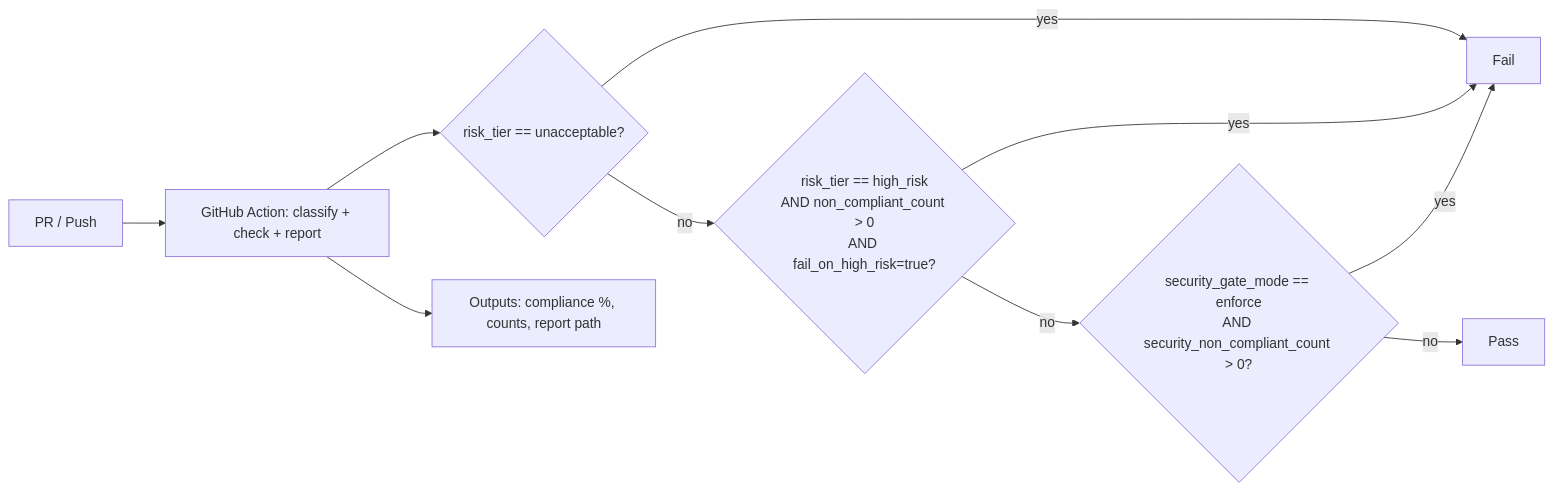
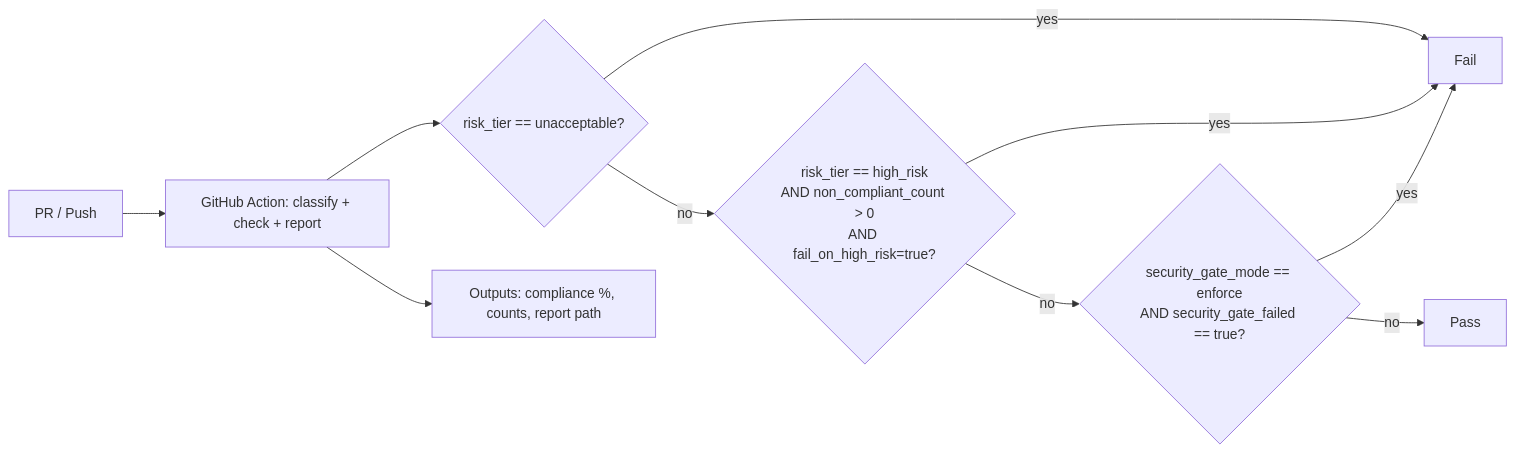
The second of 2 diagrams in README.md (ogulcanaydogan/eu-ai-act-compliance-kit), drawn with Mermaid before and after one commit. The commit also changed other lines of this file and 13 other files, not shown here.

First line of the commit message:
feat: security gate v2 profiles and tier-aware policy (#42)

````diff
--- a/README.md
+++ b/README.md
@@ -41,12 +41,12 @@
 ```mermaid
 flowchart LR
     A["PR / Push"] --> B["GitHub Action: classify + check + report"]
     B --> C{"risk_tier == unacceptable?"}
     C -- "yes" --> Z["Fail"]
     C -- "no" --> D{"risk_tier == high_risk\nAND non_compliant_count > 0\nAND fail_on_high_risk=true?"}
     D -- "yes" --> Z
-    D -- "no" --> S{"security_gate_mode == enforce\nAND security_non_compliant_count > 0?"}
+    D -- "no" --> S{"security_gate_mode == enforce\nAND security_gate_failed == true?"}
     S -- "yes" --> Z
     S -- "no" --> E["Pass"]
     B --> F["Outputs: compliance %, counts, report path"]
 ```
````
